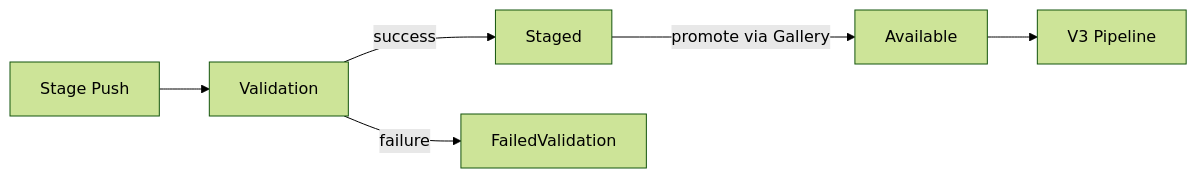
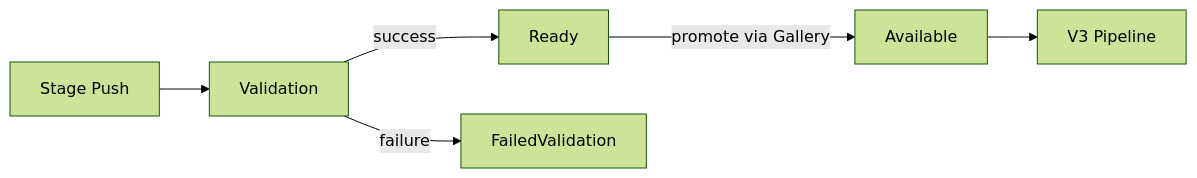
One commit to NuGet/Home changed the diagram in accepted/2026/package-staging.md. Above: the diagram before and after it, drawn with Mermaid (forest theme). The commit also changed other lines of this file, not shown here.

Commit message:
Update state terminology

````diff
--- a/accepted/2026/package-staging.md
+++ b/accepted/2026/package-staging.md
@@ -40,8 +40,8 @@
 ```mermaid
 flowchart LR
     Push["Stage Push"] --> Validation
-    Validation -->|success| Staged
+    Validation -->|success| Ready
     Validation -->|failure| FailedValidation
-    Staged -->|promote via Gallery| Available
+    Ready -->|promote via Gallery| Available
     Available --> V3["V3 Pipeline"]
 ```
````
